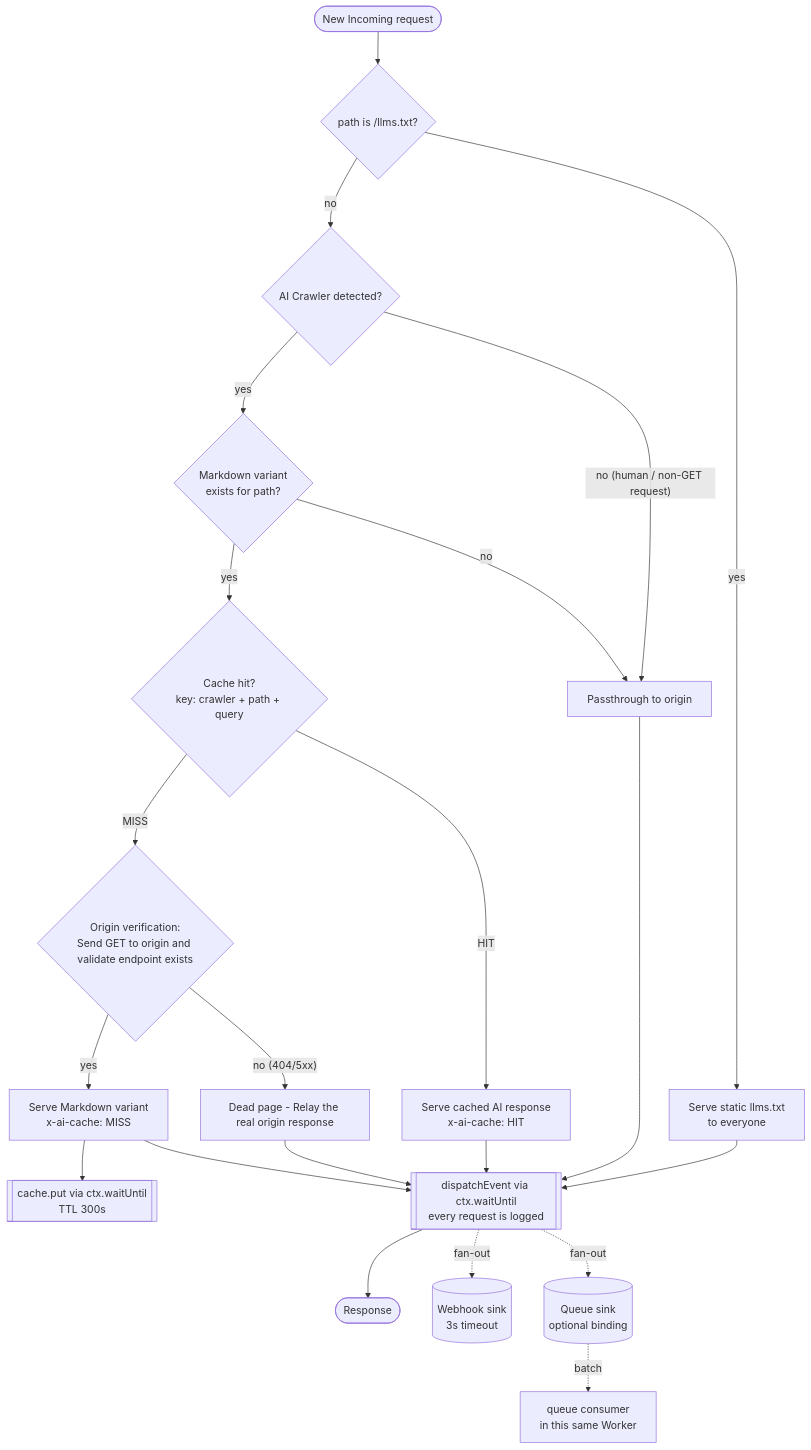
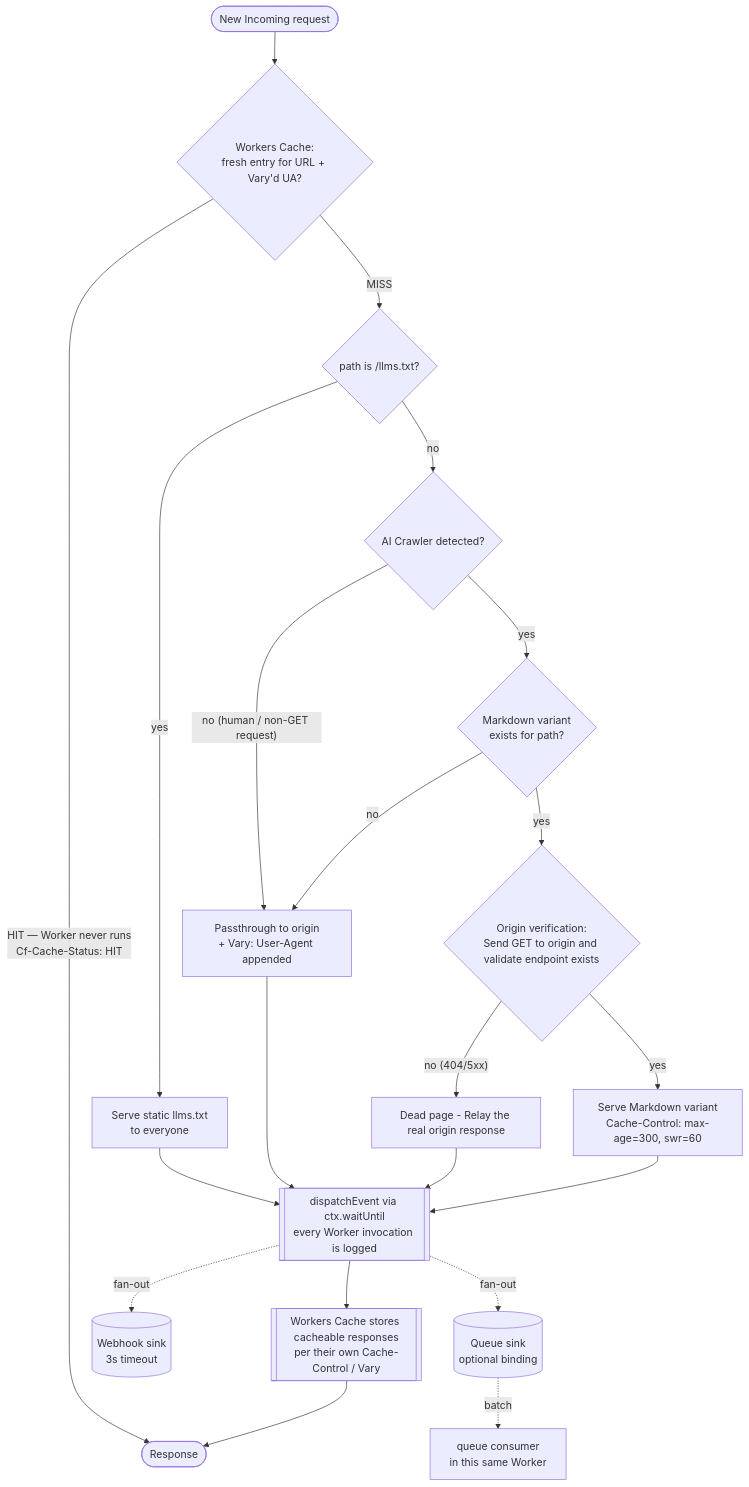
The first of 2 diagrams in ARCHITECTURE.md (michelle-temp/AI-Crawler), drawn with Mermaid before and after one commit. The commit also changed other lines of this file and 7 other files, not shown here.

Commit message:
Adopt Workers Cache: front-of-Worker caching via Cache-Control/Vary headers

````diff
--- a/ARCHITECTURE.md
+++ b/ARCHITECTURE.md
@@ -10,25 +16,25 @@
 ```mermaid
 flowchart TD
-    R(["New Incoming request"]) --> LLMS{"path is /llms.txt?"}
+    R(["New Incoming request"]) --> WC{"Workers Cache:<br/>fresh entry for URL + Vary'd UA?"}
+    WC -- "HIT — Worker never runs<br/>Cf-Cache-Status: HIT" --> DONE
+    WC -- MISS --> LLMS{"path is /llms.txt?"}
     LLMS -- yes --> TXT["Serve static llms.txt<br/>to everyone"]
     LLMS -- no --> DET{"AI Crawler detected?"}
 
-    DET -- "no (human / non-GET request)" --> PASS["Passthrough to origin<br/>"]
+    DET -- "no (human / non-GET request)" --> PASS["Passthrough to origin<br/>+ Vary: User-Agent appended"]
     DET -- yes --> VAR{"Markdown variant<br/>exists for path?"}
 
     VAR -- no --> PASS
-    VAR -- yes --> CACHE{"Cache hit?<br/>key: crawler + path + query"}
-
-    CACHE -- HIT --> HIT["Serve cached AI response<br/>x-ai-cache: HIT"]
-    CACHE -- MISS --> VERIFY{"Origin verification:<br/>Send GET to origin and validate endpoint exists"}
+    VAR -- yes --> VERIFY{"Origin verification:<br/>Send GET to origin and validate endpoint exists"}
 
     VERIFY -- "no (404/5xx)" --> RELAY["Dead page - Relay the real origin response<br/>"]
-    VERIFY -- yes --> MISS["Serve Markdown variant<br/>x-ai-cache: MISS"] --> STORE[["cache.put via ctx.waitUntil<br/>TTL 300s"]]
+    VERIFY -- yes --> MISS["Serve Markdown variant<br/>Cache-Control: max-age=300, swr=60"]
 
-    TXT & PASS & HIT & RELAY & MISS --> FAN[["dispatchEvent via ctx.waitUntil<br/>every request is logged"]]
-    FAN --> DONE(["Response"])
+    TXT & PASS & RELAY & MISS --> FAN[["dispatchEvent via ctx.waitUntil<br/>every Worker invocation is logged"]]
+    FAN --> STORE[["Workers Cache stores cacheable responses<br/>per their own Cache-Control / Vary"]]
+    STORE --> DONE(["Response"])
 
     FAN -.fan-out.-> WH[("Webhook sink<br/>3s timeout")]
     FAN -.fan-out.-> Q[("Queue sink<br/>optional binding")]
     Q -.batch.-> QC["queue consumer<br/>in this same Worker"]
 ```
````
